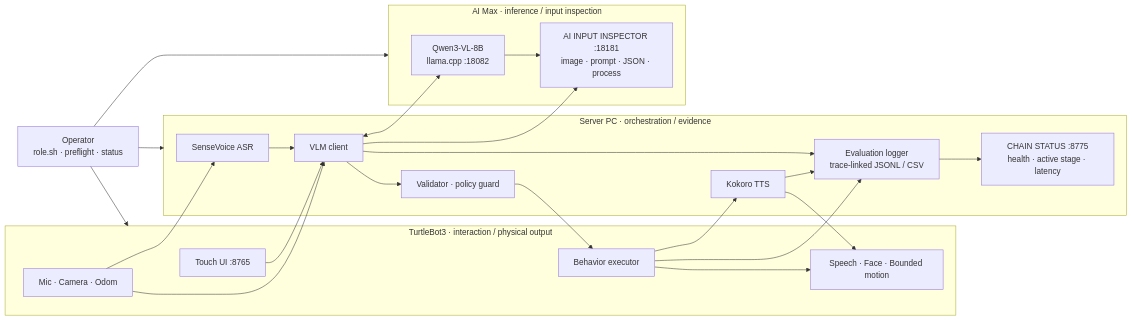
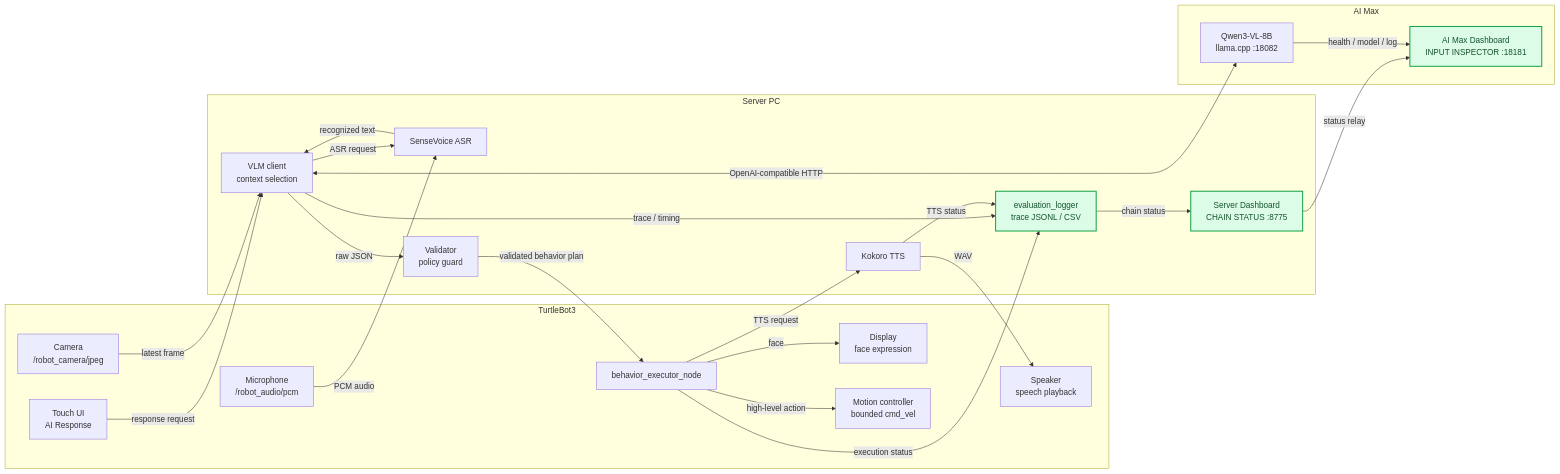
One commit to r1file/tb3-multimodal-interaction changed the first of 3 diagrams in docs/7-20-report.md. Above: the diagram before and after it, drawn with Mermaid. The commit also changed other lines of this file and 16 other files, not shown here.

````diff
--- a/docs/7-20-report.md
+++ b/docs/7-20-report.md
@@ -17,41 +15,48 @@
 ```mermaid
 flowchart LR
-  Operator["Operator<br/>role.sh · preflight · status"]
-
-  subgraph TB3["TurtleBot3 · interaction / physical output"]
-    UI["Touch UI :8765"]
-    Sensor["Mic · Camera · Odom"]
-    Exec["Behavior executor"]
-    Output["Speech · Face · Bounded motion"]
+  subgraph TB3["TurtleBot3"]
+    UI["Touch UI<br/>AI Response"]
+    Mic["Microphone<br/>/robot_audio/pcm"]
+    Cam["Camera<br/>/robot_camera/jpeg"]
+    Exec["behavior_executor_node"]
+    Face["Display<br/>face expression"]
+    Motion["Motion controller<br/>bounded cmd_vel"]
+    Speaker["Speaker<br/>speech playback"]
   end
 
-  subgraph Server["Server PC · orchestration / evidence"]
+  subgraph Server["Server PC"]
     ASR["SenseVoice ASR"]
-    Client["VLM client"]
-    Guard["Validator · policy guard"]
-    Eval["Evaluation logger<br/>trace-linked JSONL / CSV"]
-    Chain["CHAIN STATUS :8775<br/>health · active stage · latency"]
+    Client["VLM client<br/>context selection"]
+    Guard["Validator<br/>policy guard"]
     TTS["Kokoro TTS"]
+    Eval["evaluation_logger<br/>trace JSONL / CSV"]
+    Web["Server Dashboard<br/>CHAIN STATUS :8775"]
   end
 
-  subgraph AI["AI Max · inference / input inspection"]
-    VLM["Qwen3-VL-8B<br/>llama.cpp :18082"]
-    Inspector["AI INPUT INSPECTOR :18181<br/>image · prompt · JSON · process"]
+  subgraph AI["AI Max"]
+    Qwen["Qwen3-VL-8B<br/>llama.cpp :18082"]
+    Monitor["AI Max Dashboard<br/>INPUT INSPECTOR :18181"]
   end
 
-  Operator --> TB3
-  Operator --> Server
-  Operator --> AI
-  UI --> Client
-  Sensor --> ASR --> Client
-  Sensor --> Client
-  Client <--> VLM
-  Client --> Guard --> Exec --> Output
-  Exec --> TTS --> Output
-  Client --> Eval
-  Exec --> Eval
-  TTS --> Eval
-  Eval --> Chain
-  Client --> Inspector
-  VLM --> Inspector
+  UI -->|response request| Client
+  Client -->|ASR request| ASR
+  Mic -->|PCM audio| ASR
+  ASR -->|recognized text| Client
+  Cam -->|latest frame| Client
+  Client <-->|OpenAI-compatible HTTP| Qwen
+  Client -->|raw JSON| Guard
+  Guard -->|validated behavior plan| Exec
+  Exec -->|TTS request| TTS
+  TTS -->|WAV| Speaker
+  Exec -->|face| Face
+  Exec -->|high-level action| Motion
+  Client -->|trace / timing| Eval
+  Exec -->|execution status| Eval
+  TTS -->|TTS status| Eval
+  Eval -->|chain status| Web
+  Web -->|status relay| Monitor
+  Qwen -->|health / model / log| Monitor
+
+  classDef week7 fill:#dcfce7,stroke:#16a34a,stroke-width:2px,color:#14532d;
+  class Eval,Web,Monitor week7;
 ```
````
